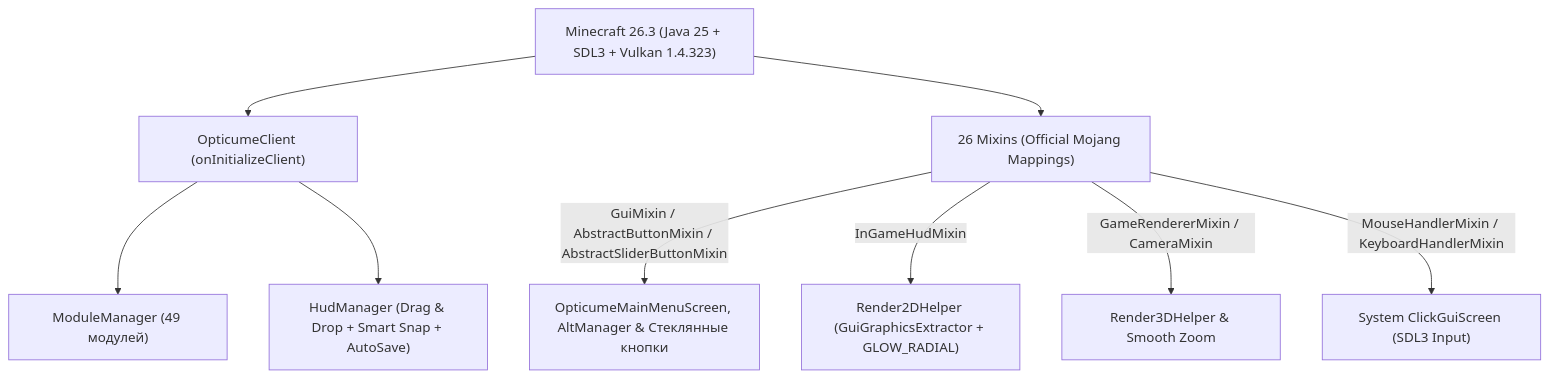
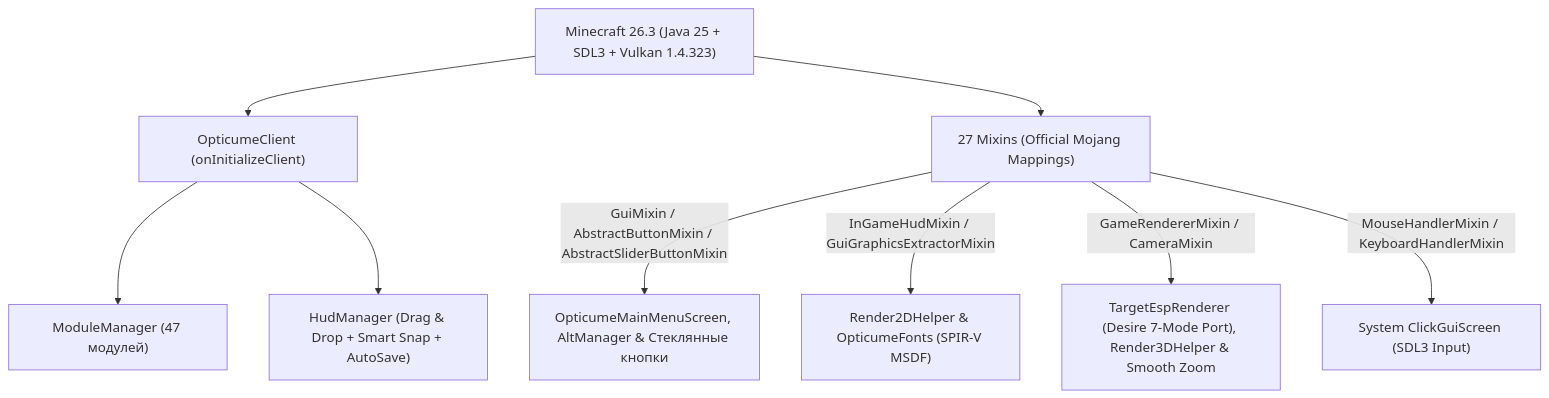
The diagram in README.md (kdkdamls4-boop/OpticumeClient), drawn with Mermaid before and after one commit. The commit also changed other lines of this file and 243 other files, not shown here.

Commit message:
feat(m9): Desire TargetESP 7-mode port, MSDF font renderer, HUD animations & ClickGUI tooltips

````diff
--- a/README.md
+++ b/README.md
@@ -76,11 +76,11 @@
 ```mermaid
 flowchart TD
     A["Minecraft 26.3 (Java 25 + SDL3 + Vulkan 1.4.323)"] --> B["OpticumeClient (onInitializeClient)"]
-    B --> C["ModuleManager (49 модулей)"]
+    B --> C["ModuleManager (47 модулей)"]
     B --> D["HudManager (Drag & Drop + Smart Snap + AutoSave)"]
-    A --> E["26 Mixins (Official Mojang Mappings)"]
+    A --> E["27 Mixins (Official Mojang Mappings)"]
     E -->|"GuiMixin / AbstractButtonMixin / AbstractSliderButtonMixin"| M["OpticumeMainMenuScreen, AltManager & Стеклянные кнопки"]
-    E -->|"InGameHudMixin"| F["Render2DHelper (GuiGraphicsExtractor + GLOW_RADIAL)"]
-    E -->|"GameRendererMixin / CameraMixin"| G["Render3DHelper & Smooth Zoom"]
+    E -->|"InGameHudMixin / GuiGraphicsExtractorMixin"| F["Render2DHelper & OpticumeFonts (SPIR-V MSDF)"]
+    E -->|"GameRendererMixin / CameraMixin"| G["TargetEspRenderer (Desire 7-Mode Port), Render3DHelper & Smooth Zoom"]
     E -->|"MouseHandlerMixin / KeyboardHandlerMixin"| H["System ClickGuiScreen (SDL3 Input)"]
 ```
````
